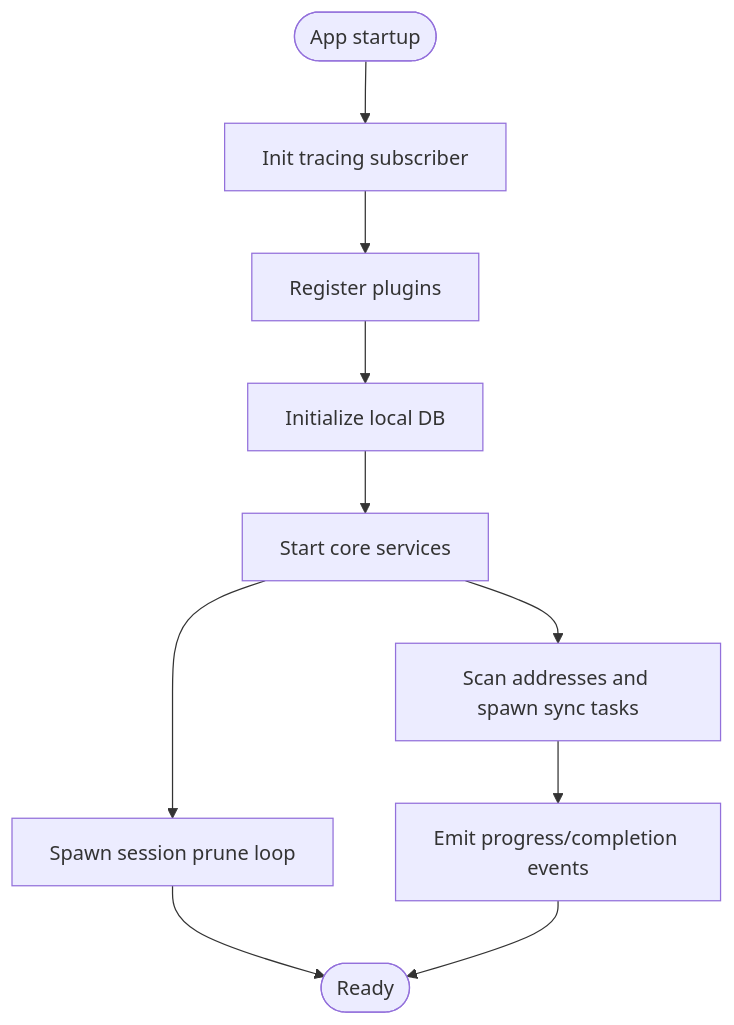
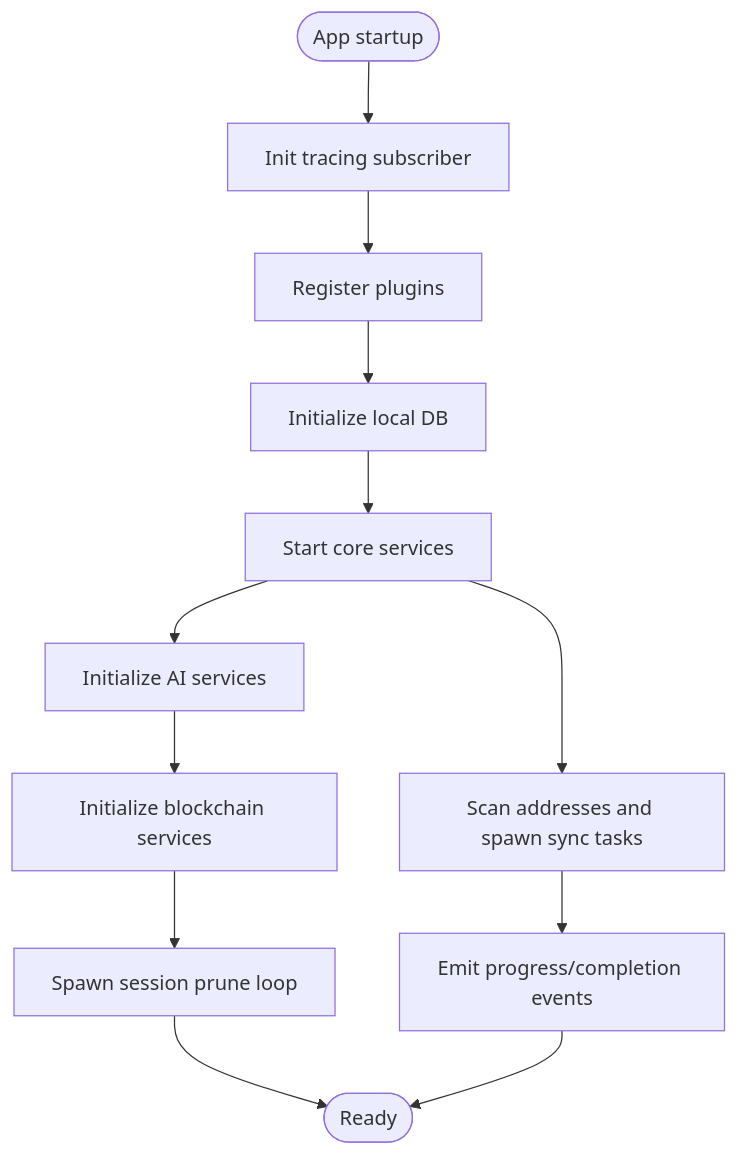
Before and after one commit to sanketnighot/shadow-protocol: the third of 12 diagrams in .qoder/repowiki/en/content/Backend Services Architecture/Service Layer Overview.md, drawn with Mermaid. The commit also changed other lines of this file and 9 other files, not shown here.

First line of the commit message:
feat: Enhance SHADOW Protocol with new Flow and AI services integration

````diff
--- a/.qoder/repowiki/en/content/Backend Services Architecture/Service Layer Overview.md
+++ b/.qoder/repowiki/en/content/Backend Services Architecture/Service Layer Overview.md
@@ -130,12 +208,14 @@
 ```mermaid
 flowchart TD
 Start(["App startup"]) --> InitLogs["Init tracing subscriber"]
 InitLogs --> InitPlugins["Register plugins"]
 InitPlugins --> InitDB["Initialize local DB"]
 InitDB --> StartServices["Start core services"]
-StartServices --> PruneLoop["Spawn session prune loop"]
+StartServices --> InitAI["Initialize AI services"]
+InitAI --> InitBlockchain["Initialize blockchain services"]
+InitBlockchain --> PruneLoop["Spawn session prune loop"]
 StartServices --> WalletSync["Scan addresses and spawn sync tasks"]
 WalletSync --> EmitEvents["Emit progress/completion events"]
 PruneLoop --> End(["Ready"])
 EmitEvents --> End
 ```
````
